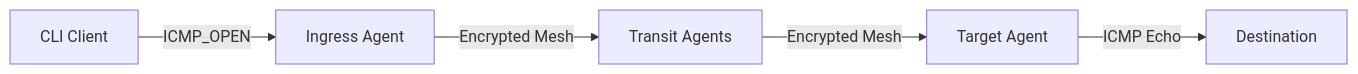
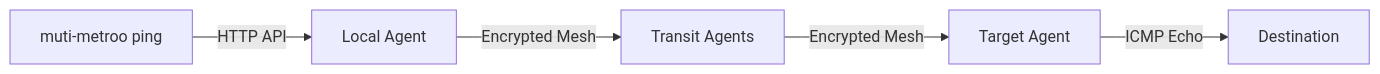
Before and after one commit to Muti-Metroo/Muti-Metroo: the diagram in docs/docs/features/icmp-relay.md, drawn with Mermaid. The commit also changed other lines of this file and 156 other files, not shown here.

````diff
--- a/docs/docs/features/icmp-relay.md
+++ b/docs/docs/features/icmp-relay.md
@@ -29,7 +31,7 @@
 ```mermaid
 flowchart LR
-    A[CLI Client] -->|ICMP_OPEN| B[Ingress Agent]
+    A[muti-metroo ping] -->|HTTP API| B[Local Agent]
     B -->|Encrypted Mesh| C[Transit Agents]
     C -->|Encrypted Mesh| D[Target Agent]
     D -->|ICMP Echo| E[Destination]
 ```
````
